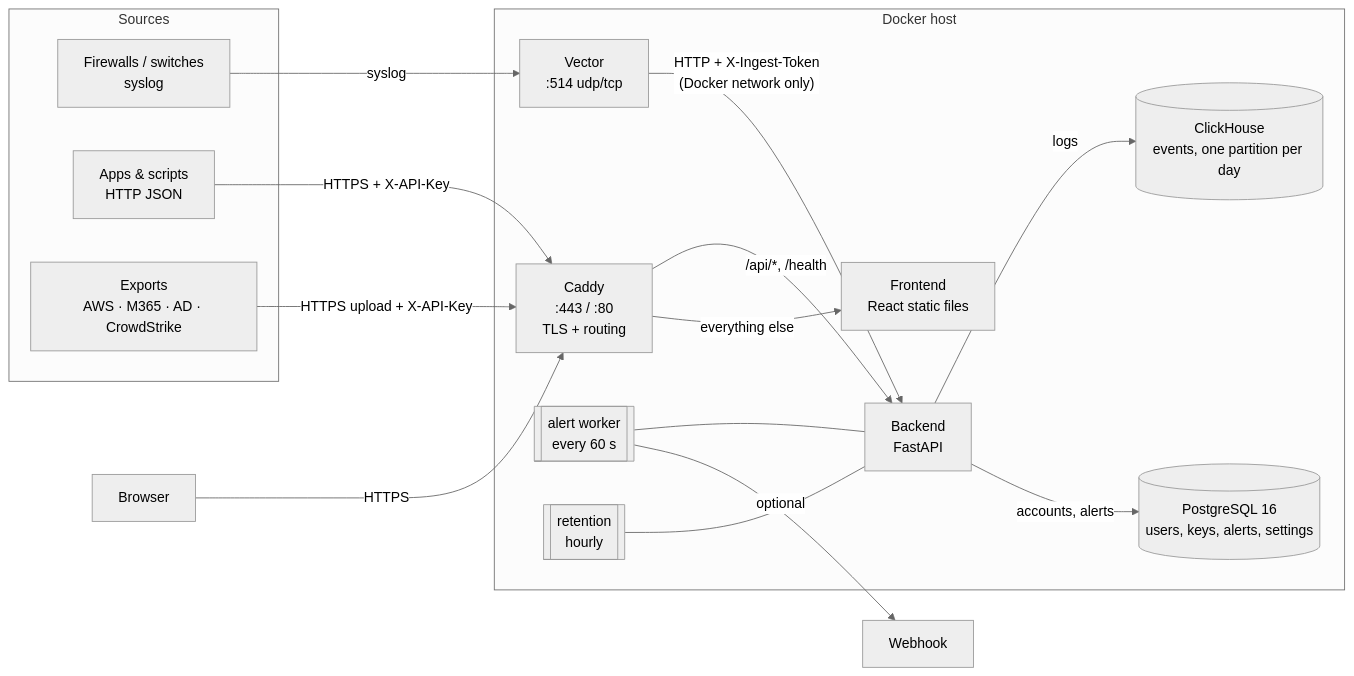
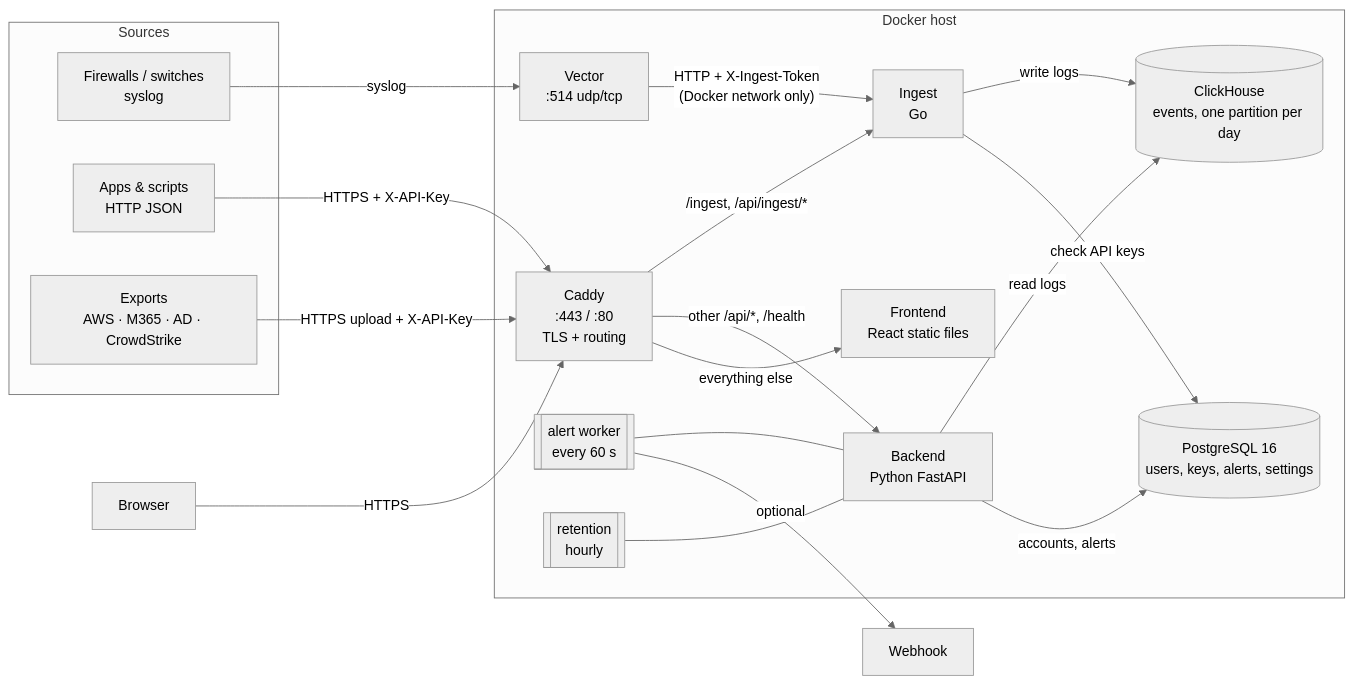
The diagram in docs/architecture.md (SAISENGMAIN6631503085/log-mgmt), drawn with Mermaid (neutral theme) before and after one commit. The commit also changed other lines of this file and 63 other files, not shown here.

````diff
--- a/docs/architecture.md
+++ b/docs/architecture.md
@@ -15,32 +15,36 @@
 ```mermaid
 flowchart LR
     subgraph Sources
         FW[Firewalls / switches<br/>syslog]
         APP[Apps & scripts<br/>HTTP JSON]
         FILE[Exports<br/>AWS · M365 · AD · CrowdStrike]
     end
 
     subgraph Docker host
         V[Vector<br/>:514 udp/tcp]
         C[Caddy<br/>:443 / :80<br/>TLS + routing]
-        B[Backend<br/>FastAPI]
+        I[Ingest<br/>Go]
+        B[Backend<br/>Python FastAPI]
         W[[alert worker<br/>every 60 s]]
         R[[retention<br/>hourly]]
         F[Frontend<br/>React static files]
         CH[(ClickHouse<br/>events, one partition per day)]
         P[(PostgreSQL 16<br/>users, keys, alerts, settings)]
     end
 
     U[Browser] -->|HTTPS| C
     APP -->|"HTTPS + X-API-Key"| C
     FILE -->|"HTTPS upload + X-API-Key"| C
     FW -->|syslog| V
-    V -->|"HTTP + X-Ingest-Token<br/>(Docker network only)"| B
-    C -->|/api/*, /health| B
+    V -->|"HTTP + X-Ingest-Token<br/>(Docker network only)"| I
+    C -->|/ingest, /api/ingest/*| I
+    C -->|other /api/*, /health| B
     C -->|everything else| F
-    B -->|logs| CH
+    I -->|write logs| CH
+    I -->|check API keys| P
+    B -->|read logs| CH
     B -->|accounts, alerts| P
     W --- B
     R --- B
     W -->|optional| WH[Webhook]
 ```
````
